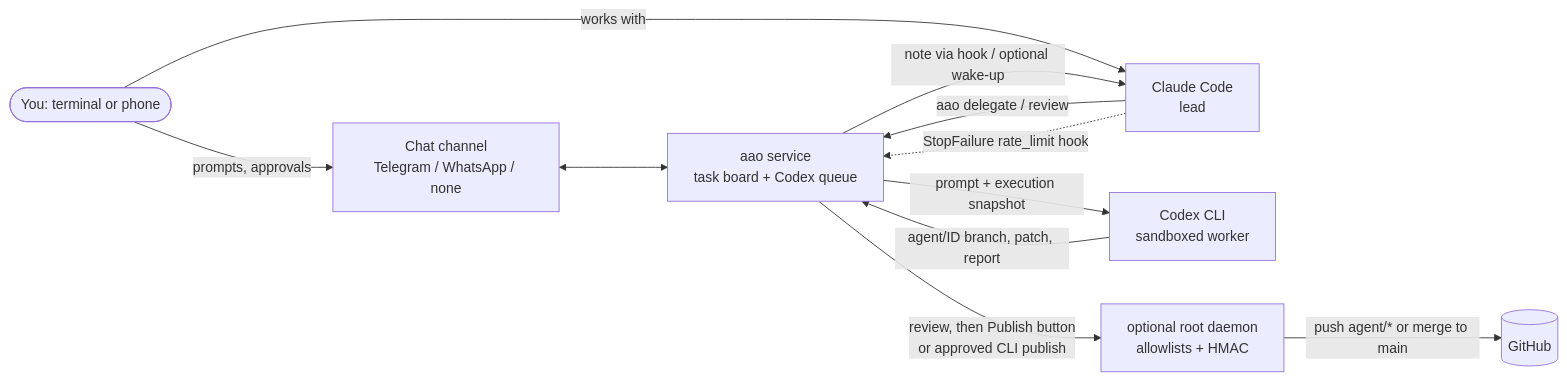
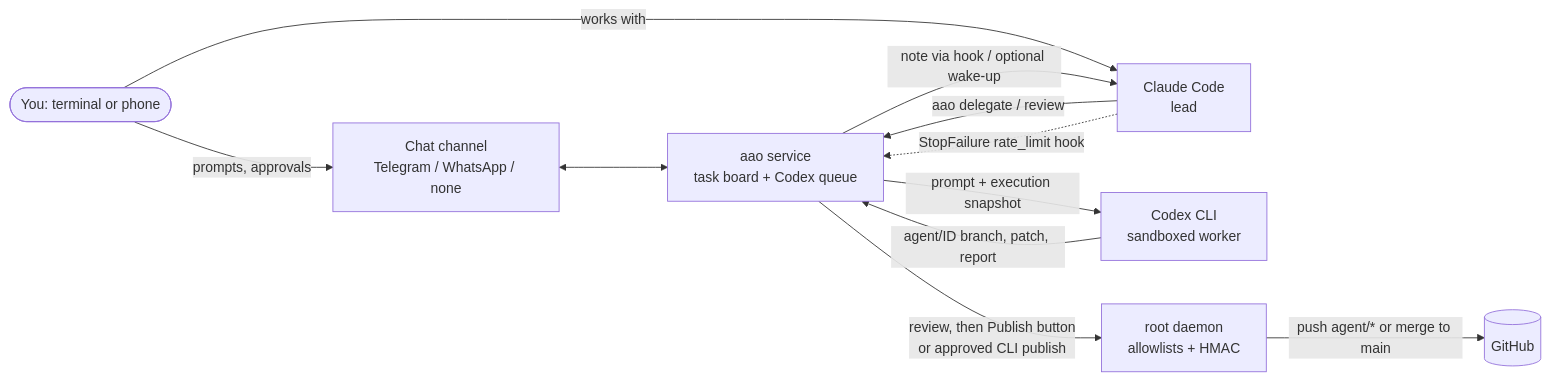
The diagram in README.md (JonasaAugusto/ai-agents-orchestrator), drawn with Mermaid before and after one commit. The commit also changed other lines of this file and 3 other files, not shown here.

Commit message:
Docs: quickstart from a clone; root daemon is required to run tasks

````diff
--- a/README.md
+++ b/README.md
@@ -30,13 +30,13 @@
 ```mermaid
 flowchart LR
     U([You: terminal or phone]) -->|prompts, approvals| CH[Chat channel<br/>Telegram / WhatsApp / none]
     U -->|works with| CC[Claude Code<br/>lead]
     CC -->|aao delegate / review| SVC
     CC -.->|StopFailure rate_limit hook| SVC
     CH <--> SVC[aao service<br/>task board + Codex queue]
     SVC -->|prompt + execution snapshot| CX[Codex CLI<br/>sandboxed worker]
     CX -->|agent/ID branch, patch, report| SVC
     SVC -->|note via hook / optional wake-up| CC
-    SVC -->|review, then Publish button<br/>or approved CLI publish| RD[optional root daemon<br/>allowlists + HMAC]
+    SVC -->|review, then Publish button<br/>or approved CLI publish| RD[root daemon<br/>allowlists + HMAC]
     RD -->|push agent/* or merge to main| GH[(GitHub)]
 ```
````
